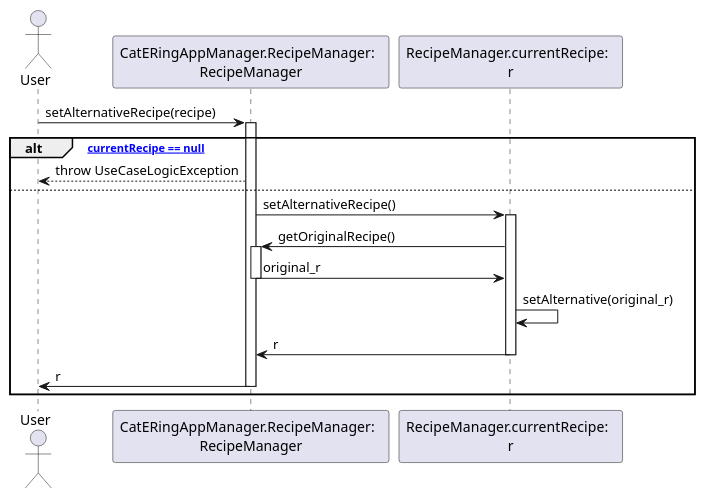
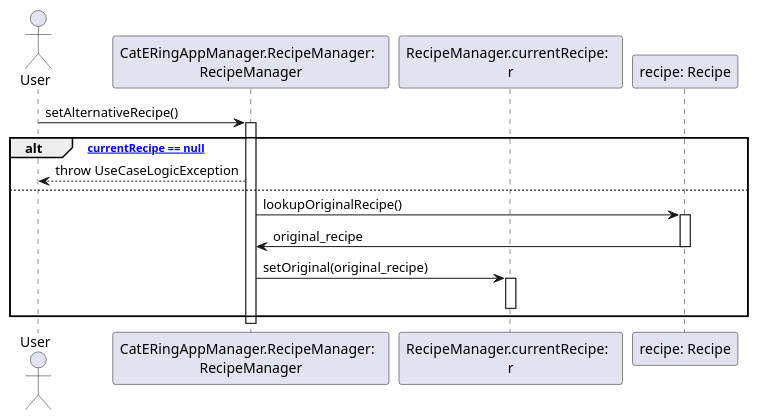
The diagram in dsd/dsd-ricette/6-setAlternative.md (m0canu1/sas), drawn with PlantUML before and after one commit. The commit also changed 7 other files, not shown here.

````diff
--- a/dsd/dsd-ricette/6-setAlternative.md
+++ b/dsd/dsd-ricette/6-setAlternative.md
@@ -1,27 +1,25 @@
 ```plantuml
 Actor User
 Participant "CatERingAppManager.RecipeManager:  \nRecipeManager" as RM
 Participant "RecipeManager.currentRecipe:  \nr" as CR
 
-User -> RM: setAlternativeRecipe(recipe)
+User -> RM: setAlternativeRecipe()
 Activate RM
 
 alt ["currentRecipe == null"]
 	RM --> User: throw UseCaseLogicException
 else 
 
-	RM -> CR: setAlternativeRecipe()
+	RM -> "recipe: Recipe": lookupOriginalRecipe()
+	Activate "recipe: Recipe"
+	"recipe: Recipe" -> RM: original_recipe
+	Deactivate "recipe: Recipe"
+	
+	RM -> CR: setOriginal(original_recipe)
 	Activate CR
-	CR -> RM: getOriginalRecipe()
-	Activate RM
-	RM -> CR: original_r
-	Deactivate RM
-	CR -> CR: setAlternative(original_r)
-	CR -> RM: r
 	Deactivate CR
-	RM -> User: r
-	Deactivate RM
 end
+Deactivate RM
 
 
 ```
````
